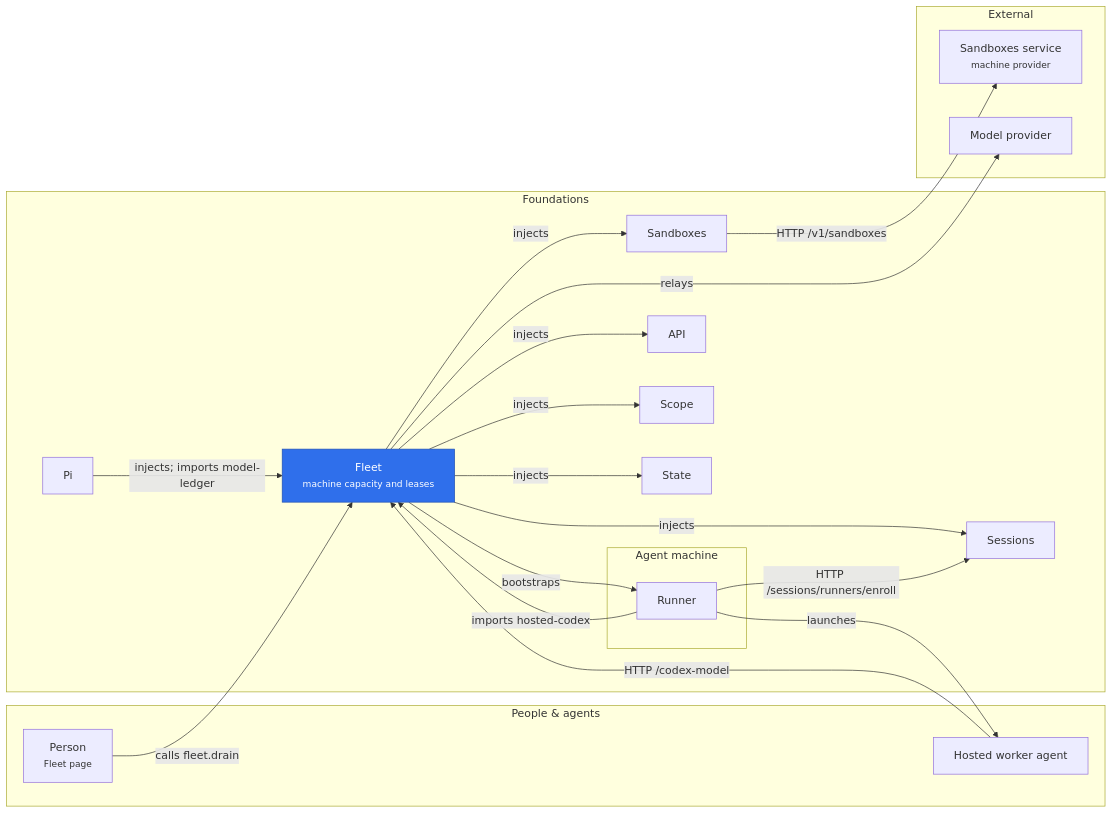
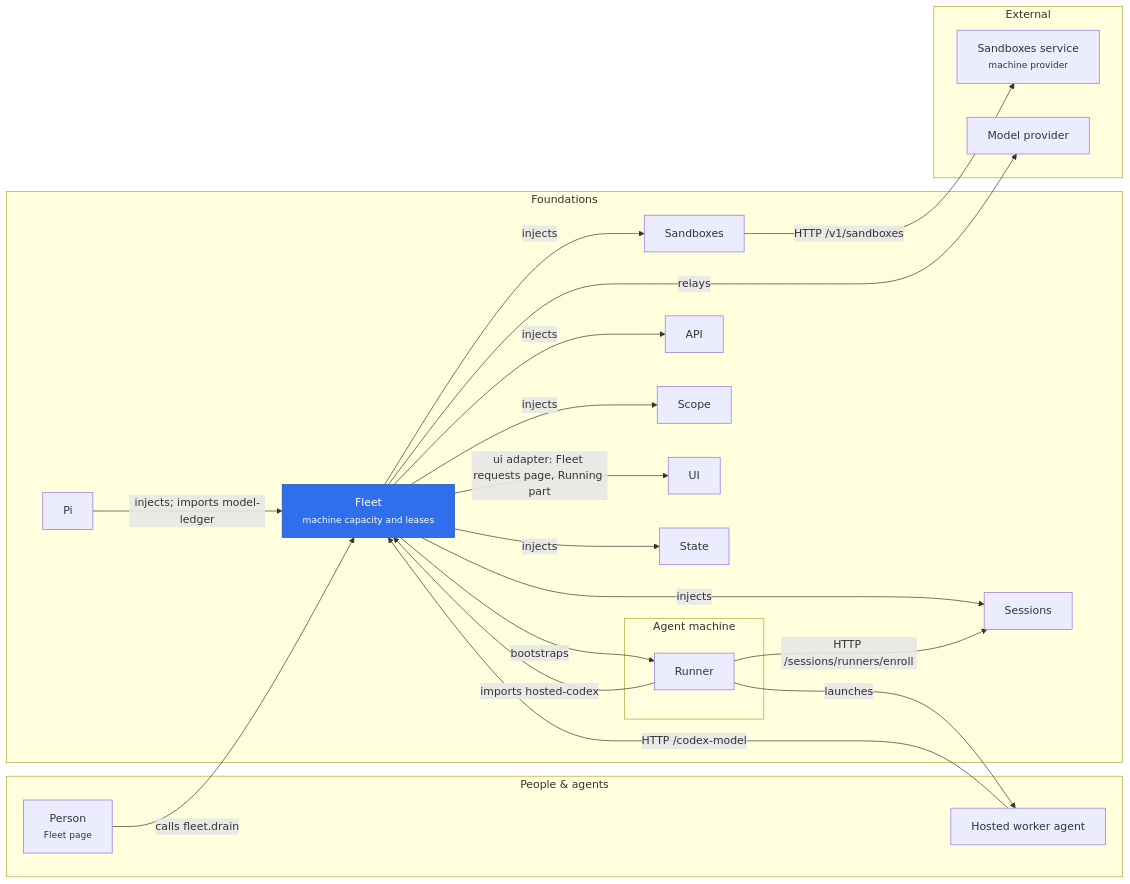
Before and after one commit to rapidreview-io/Merv: the diagram in merv-typescript/packages/fleet/README.md, drawn with Mermaid. The commit also changed 6 other files, not shown here.

First line of the commit message:
Draw the Scope injection and the Fleet and Sandboxes UI adapters in their diagrams

````diff
--- a/merv-typescript/packages/fleet/README.md
+++ b/merv-typescript/packages/fleet/README.md
@@ -7,39 +7,41 @@
 ```mermaid
 flowchart LR
   subgraph peopleLayer["People & agents"]
     person["Person<br/><small>Fleet page</small>"]
     workerAgent["Hosted worker agent"]
   end
   subgraph foundationsLayer["Foundations"]
     pi["Pi"]
     fleet["Fleet<br/><small>machine capacity and leases</small>"]
     sessions["Sessions"]
     sandboxes["Sandboxes"]
     api["API"]
     scope["Scope"]
+    ui["UI"]
     state["State"]
     subgraph machine["Agent machine"]
       runner["Runner"]
     end
   end
   subgraph externalLayer["External"]
     sandboxesService["Sandboxes service<br/><small>machine provider</small>"]
     modelProvider["Model provider"]
   end
   person -- "calls fleet.drain" --> fleet
   pi -- "injects; imports model-ledger" --> fleet
   fleet -- "injects" --> sandboxes
   fleet -- "injects" --> sessions
   fleet -- "injects" --> api
   fleet -- "injects" --> scope
   fleet -- "injects" --> state
+  fleet -- "ui adapter: Fleet requests page, Running part" --> ui
   sandboxes -- "HTTP /v1/sandboxes" --> sandboxesService
   fleet -- "bootstraps" --> runner
   runner -- "HTTP /sessions/runners/enroll" --> sessions
   runner -- "imports hosted-codex" --> fleet
   runner -- "launches" --> workerAgent
   workerAgent -- "HTTP /codex-model" --> fleet
   fleet -- "relays" --> modelProvider
   classDef self fill:#2f6feb,color:#fff,stroke:#1f4fb0
   class fleet self
 ```
````
